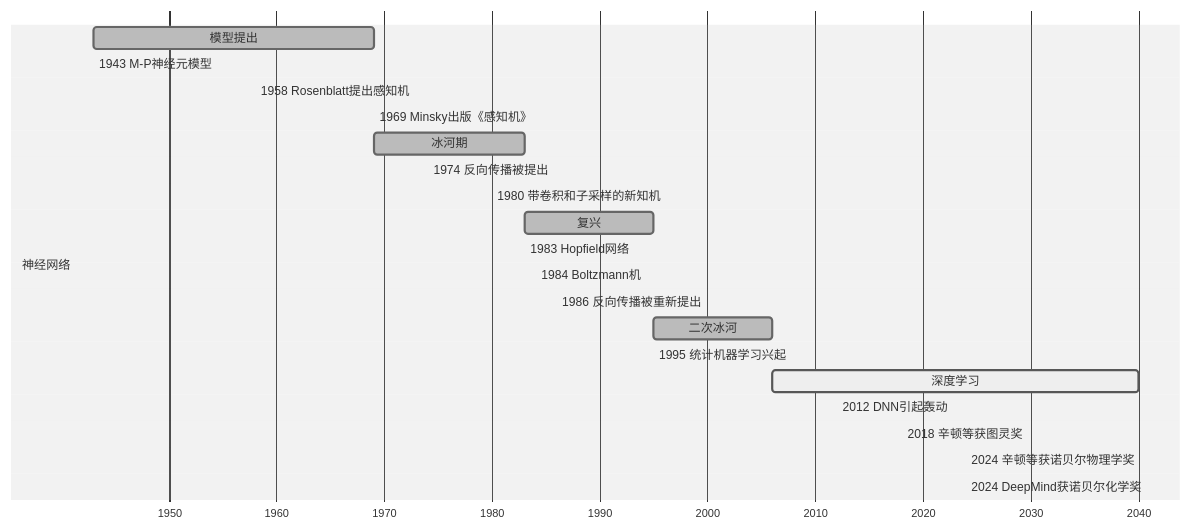
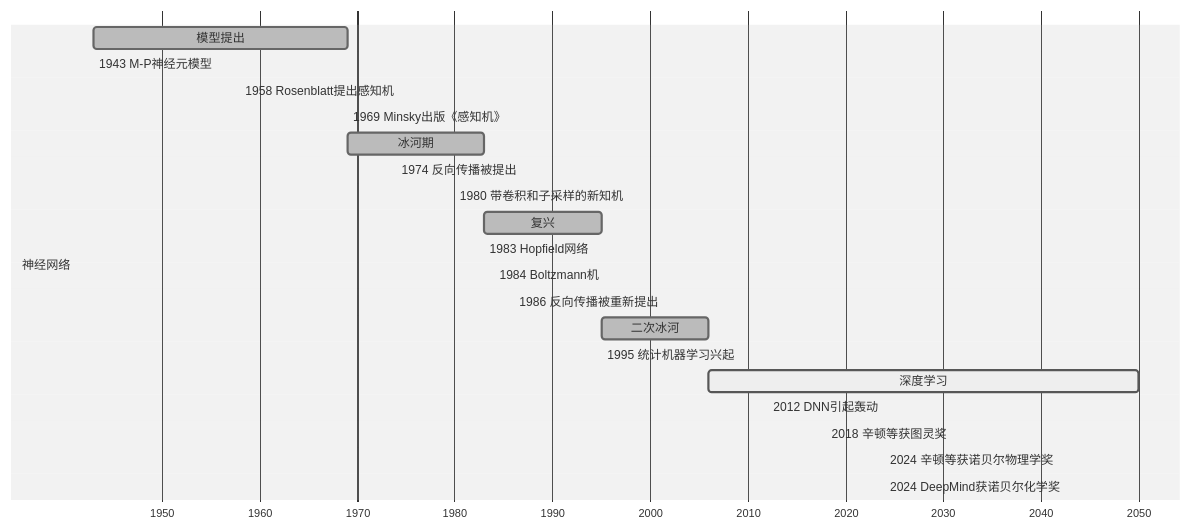
Before and after one commit to Avanti1980/course-ml: the diagram in mermaid/nn.mermaid, drawn with Mermaid (neutral theme). The commit also changed 56 other files, not shown here.

```diff
--- a/mermaid/nn.mermaid
+++ b/mermaid/nn.mermaid
@@ -1,24 +1,24 @@
 gantt
 todayMarker off
 dateFormat  YYYY
 axisFormat %Y
 
 section 神经网络
 模型提出: done, 1943, 1969
 1943 M-P神经元模型: 1943, milestone
 1958 Rosenblatt提出感知机: 1958, milestone
 1969 Minsky出版《感知机》: 1969, milestone
 冰河期: done, 1969, 1983
 1974 反向传播被提出: 1974, milestone
 1980 带卷积和子采样的新知机: 1980, milestone
 复兴: done, 1983, 1995
 1983 Hopfield网络: 1983, milestone
 1984 Boltzmann机: 1984, milestone
 1986 反向传播被重新提出: 1986, milestone
 二次冰河: done, 1995, 2006
 1995 统计机器学习兴起: 1995, milestone
-深度学习: active, 2006, 2040
+深度学习: active, 2006, 2050
 2012 DNN引起轰动: 2012, milestone
 2018 辛顿等获图灵奖: 2018, milestone
 2024 辛顿等获诺贝尔物理学奖: 2024, milestone
 2024 DeepMind获诺贝尔化学奖: 2024, milestone
```
